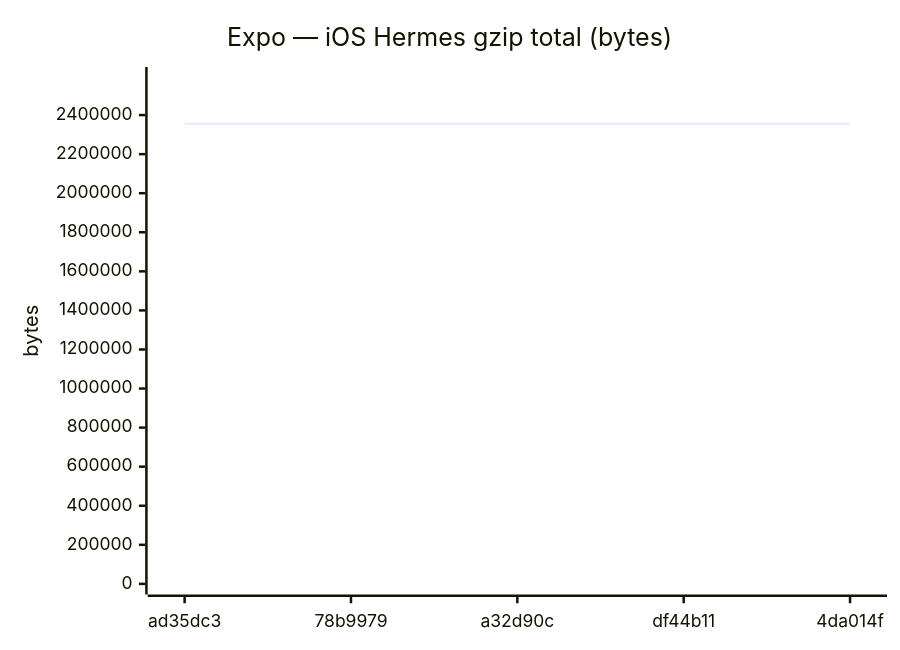
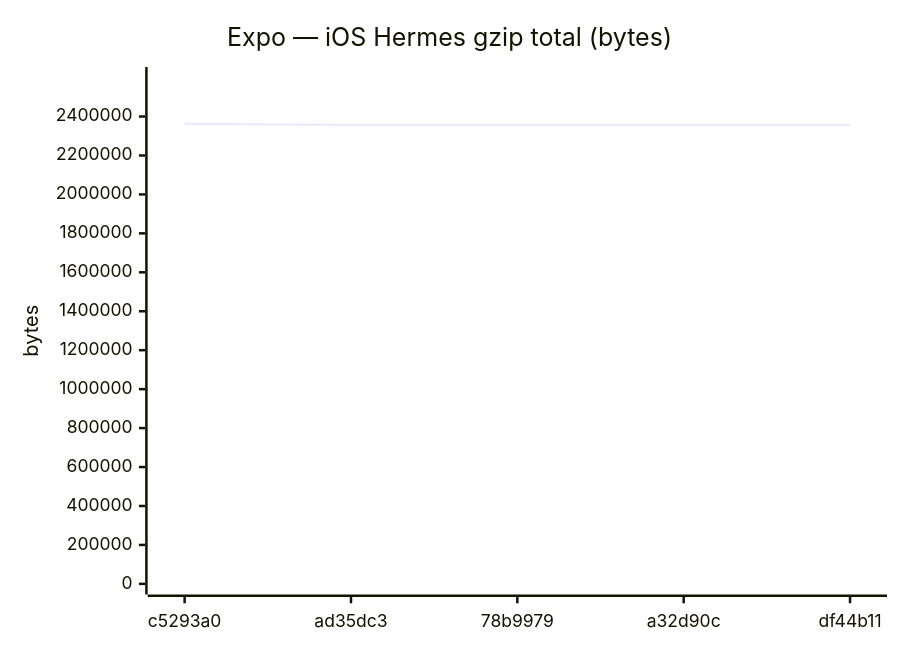
Diagram 16 of 24 in benchmarks/compare.md (Metaheurist/Rianell), drawn with Mermaid before and after one commit. The commit also changed other lines of this file and 14 other files, not shown here.

````diff
--- a/benchmarks/compare.md
+++ b/benchmarks/compare.md
@@ -228,7 +228,7 @@
 ```mermaid
 xychart-beta
     title "Expo — iOS Hermes gzip total (bytes)"
-    x-axis ["ad35dc3", "78b9979", "a32d90c", "df44b11", "4da014f"]
-    y-axis "bytes" 0 --> 2591695
-    line [2356086, 2356086, 2356058, 2356058, 2356060]
+    x-axis ["c5293a0", "ad35dc3", "78b9979", "a32d90c", "df44b11"]
+    y-axis "bytes" 0 --> 2599773
+    line [2363430, 2356086, 2356086, 2356058, 2356058]
 ```
````
